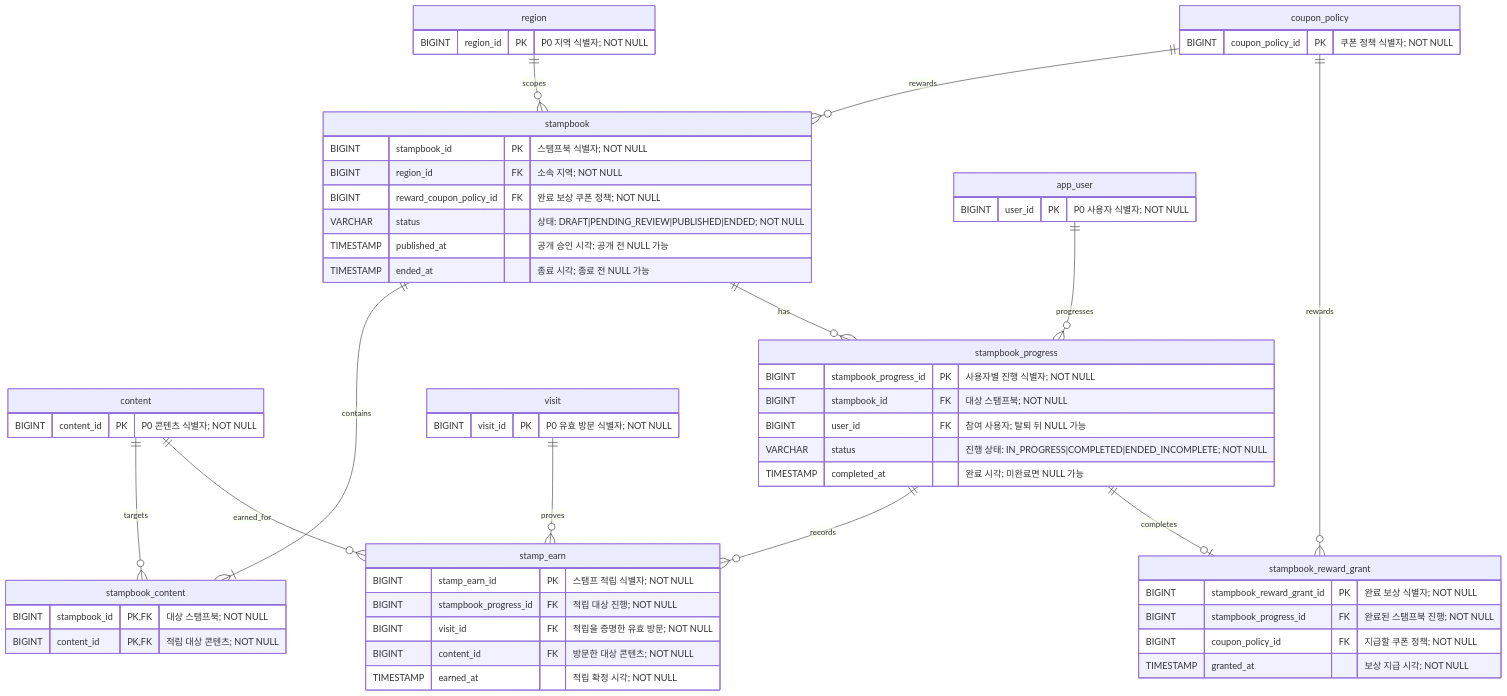
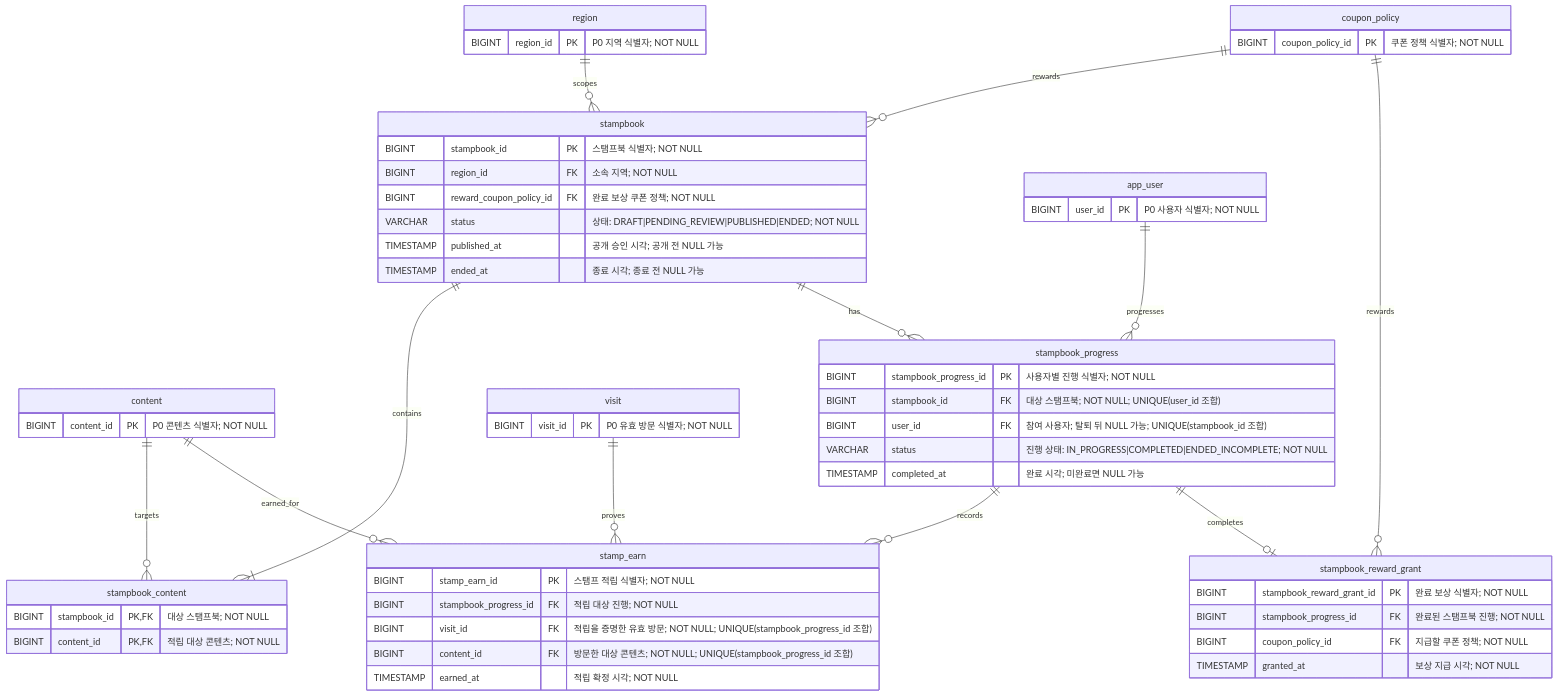
The second of 5 diagrams in docs/p1-erd.md (Gimhae-Yay/Regional-Event-Platform-Backend), drawn with Mermaid before and after one commit. The commit also changed other lines of this file and 3 other files, not shown here.

````diff
--- a/docs/p1-erd.md
+++ b/docs/p1-erd.md
@@ -86,62 +86,62 @@
 ```mermaid
 erDiagram
     region ||--o{ stampbook : scopes
     coupon_policy ||--o{ stampbook : rewards
     content ||--o{ stampbook_content : targets
     stampbook ||--|{ stampbook_content : contains
     stampbook ||--o{ stampbook_progress : has
     app_user ||--o{ stampbook_progress : progresses
     stampbook_progress ||--o{ stamp_earn : records
     content ||--o{ stamp_earn : earned_for
     visit ||--o{ stamp_earn : proves
     stampbook_progress ||--o| stampbook_reward_grant : completes
     coupon_policy ||--o{ stampbook_reward_grant : rewards
 
     app_user {
         BIGINT user_id PK "P0 사용자 식별자; NOT NULL"
     }
     region {
         BIGINT region_id PK "P0 지역 식별자; NOT NULL"
     }
     content {
         BIGINT content_id PK "P0 콘텐츠 식별자; NOT NULL"
     }
     visit {
         BIGINT visit_id PK "P0 유효 방문 식별자; NOT NULL"
     }
     coupon_policy {
         BIGINT coupon_policy_id PK "쿠폰 정책 식별자; NOT NULL"
     }
     stampbook {
         BIGINT stampbook_id PK "스탬프북 식별자; NOT NULL"
         BIGINT region_id FK "소속 지역; NOT NULL"
         BIGINT reward_coupon_policy_id FK "완료 보상 쿠폰 정책; NOT NULL"
         VARCHAR status "상태: DRAFT|PENDING_REVIEW|PUBLISHED|ENDED; NOT NULL"
         TIMESTAMP published_at "공개 승인 시각; 공개 전 NULL 가능"
         TIMESTAMP ended_at "종료 시각; 종료 전 NULL 가능"
     }
     stampbook_content {
         BIGINT stampbook_id PK, FK "대상 스탬프북; NOT NULL"
         BIGINT content_id PK, FK "적립 대상 콘텐츠; NOT NULL"
     }
     stampbook_progress {
         BIGINT stampbook_progress_id PK "사용자별 진행 식별자; NOT NULL"
-        BIGINT stampbook_id FK "대상 스탬프북; NOT NULL"
-        BIGINT user_id FK "참여 사용자; 탈퇴 뒤 NULL 가능"
+        BIGINT stampbook_id FK "대상 스탬프북; NOT NULL; UNIQUE(user_id 조합)"
+        BIGINT user_id FK "참여 사용자; 탈퇴 뒤 NULL 가능; UNIQUE(stampbook_id 조합)"
         VARCHAR status "진행 상태: IN_PROGRESS|COMPLETED|ENDED_INCOMPLETE; NOT NULL"
         TIMESTAMP completed_at "완료 시각; 미완료면 NULL 가능"
     }
     stamp_earn {
         BIGINT stamp_earn_id PK "스탬프 적립 식별자; NOT NULL"
         BIGINT stampbook_progress_id FK "적립 대상 진행; NOT NULL"
-        BIGINT visit_id FK "적립을 증명한 유효 방문; NOT NULL"
-        BIGINT content_id FK "방문한 대상 콘텐츠; NOT NULL"
+        BIGINT visit_id FK "적립을 증명한 유효 방문; NOT NULL; UNIQUE(stampbook_progress_id 조합)"
+        BIGINT content_id FK "방문한 대상 콘텐츠; NOT NULL; UNIQUE(stampbook_progress_id 조합)"
         TIMESTAMP earned_at "적립 확정 시각; NOT NULL"
     }
     stampbook_reward_grant {
         BIGINT stampbook_reward_grant_id PK "완료 보상 식별자; NOT NULL"
         BIGINT stampbook_progress_id FK "완료된 스탬프북 진행; NOT NULL"
         BIGINT coupon_policy_id FK "지급할 쿠폰 정책; NOT NULL"
         TIMESTAMP granted_at "보상 지급 시각; NOT NULL"
     }
 ```
````
